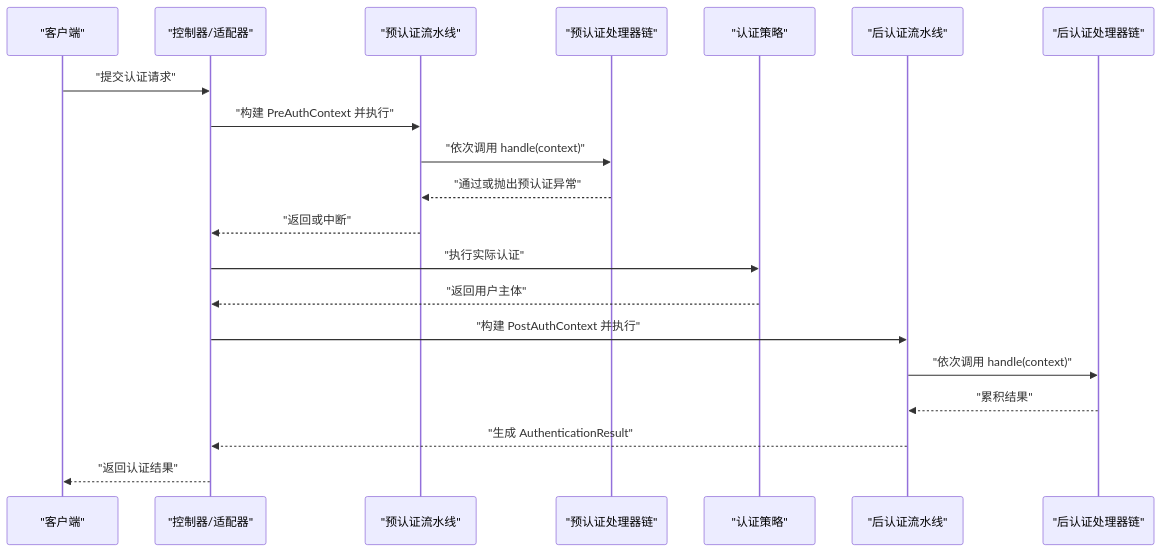
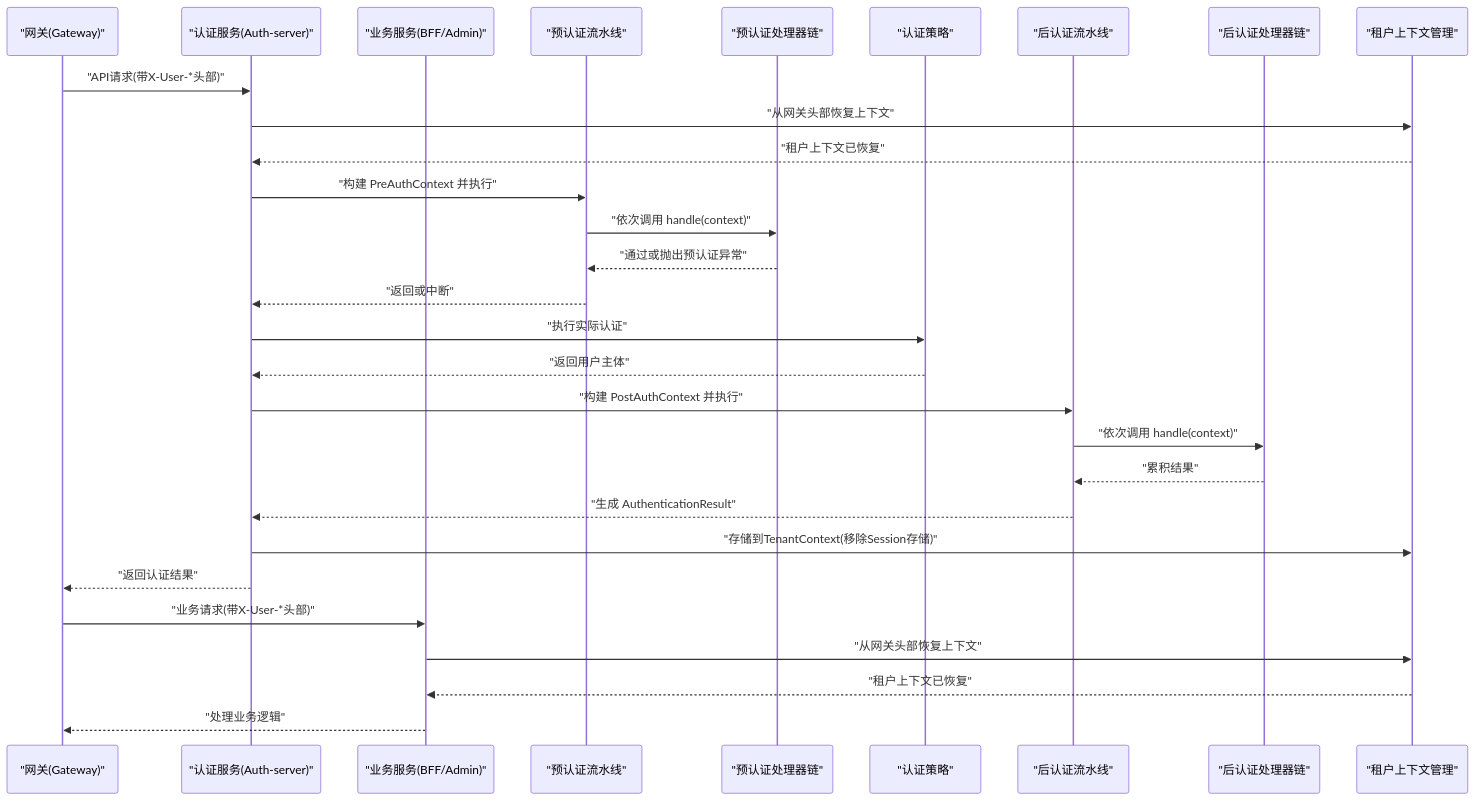
The second of 9 diagrams in .qoder/repowiki/zh/content/认证与授权/认证管道.md (fq0121104930716/iam-platform), drawn with Mermaid before and after one commit. The commit also changed other lines of this file and 13 other files, not shown here.

````diff
--- a/.qoder/repowiki/zh/content/认证与授权/认证管道.md
+++ b/.qoder/repowiki/zh/content/认证与授权/认证管道.md
@@ -103,22 +128,31 @@
 ```mermaid
 sequenceDiagram
-participant C as "客户端"
-participant P as "控制器/适配器"
-participant PP as "预认证流水线"
+participant G as "网关(Gateway)"
+participant A as "认证服务(Auth-server)"
+participant B as "业务服务(BFF/Admin)"
+participant P as "预认证流水线"
 participant PH as "预认证处理器链"
 participant AP as "认证策略"
 participant PO as "后认证流水线"
 participant PH2 as "后认证处理器链"
-C->>P : "提交认证请求"
-P->>PP : "构建 PreAuthContext 并执行"
-PP->>PH : "依次调用 handle(context)"
-PH-->>PP : "通过或抛出预认证异常"
-PP-->>P : "返回或中断"
-P->>AP : "执行实际认证"
-AP-->>P : "返回用户主体"
-P->>PO : "构建 PostAuthContext 并执行"
+participant T as "租户上下文管理"
+G->>A : "API请求(带X-User-*头部)"
+A->>T : "从网关头部恢复上下文"
+T-->>A : "租户上下文已恢复"
+A->>P : "构建 PreAuthContext 并执行"
+P->>PH : "依次调用 handle(context)"
+PH-->>P : "通过或抛出预认证异常"
+P-->>A : "返回或中断"
+A->>AP : "执行实际认证"
+AP-->>A : "返回用户主体"
+A->>PO : "构建 PostAuthContext 并执行"
 PO->>PH2 : "依次调用 handle(context)"
 PH2-->>PO : "累积结果"
-PO-->>P : "生成 AuthenticationResult"
-P-->>C : "返回认证结果"
+PO-->>A : "生成 AuthenticationResult"
+A->>T : "存储到TenantContext(移除Session存储)"
+A-->>G : "返回认证结果"
+G->>B : "业务请求(带X-User-*头部)"
+B->>T : "从网关头部恢复上下文"
+T-->>B : "租户上下文已恢复"
+B-->>G : "处理业务逻辑"
 ```
````
